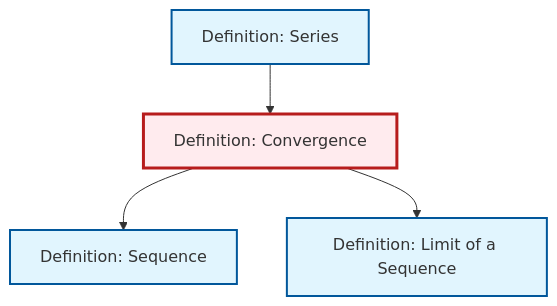
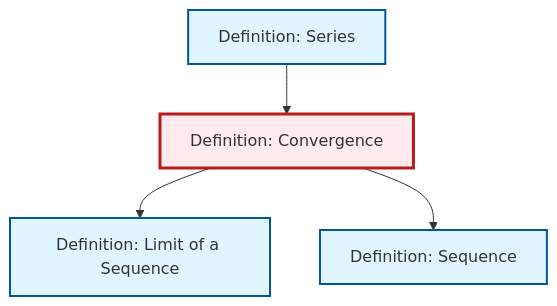
The diagram in content/en/analysis/def-convergence.qmd (RK0429/ModernMath), drawn with Mermaid before and after one commit. The commit also changed other lines of this file and 360 other files, not shown here.

````diff
--- a/content/en/analysis/def-convergence.qmd
+++ b/content/en/analysis/def-convergence.qmd
@@ -76,20 +76,20 @@
 ```{mermaid}
 %%| fig-cap: "Local dependency graph"
 graph TD
     classDef definition fill:#e1f5fe,stroke:#01579b,stroke-width:2px
     classDef theorem fill:#f3e5f5,stroke:#4a148c,stroke-width:2px
     classDef axiom fill:#fff3e0,stroke:#e65100,stroke-width:2px
     classDef example fill:#e8f5e9,stroke:#1b5e20,stroke-width:2px
     classDef current fill:#ffebee,stroke:#b71c1c,stroke-width:3px
+    def-convergence["Definition: Convergence"]:::definition
     def-series["Definition: Series"]:::definition
-    def-convergence["Definition: Convergence"]:::definition
+    def-sequence["Definition: Sequence"]:::definition
     def-limit["Definition: Limit of a Sequence"]:::definition
-    def-sequence["Definition: Sequence"]:::definition
+    def-convergence --> def-limit
+    def-series --> def-convergence
     def-convergence --> def-sequence
-    def-series --> def-convergence
-    def-convergence --> def-limit
     class def-convergence current
     click def-series "def-series.html" "Go to Series definition"
+    click def-sequence "def-sequence.html" "Go to Sequence definition"
     click def-limit "def-limit.html" "Go to Limit of a Sequence definition"
-    click def-sequence "def-sequence.html" "Go to Sequence definition"
 ```
````
